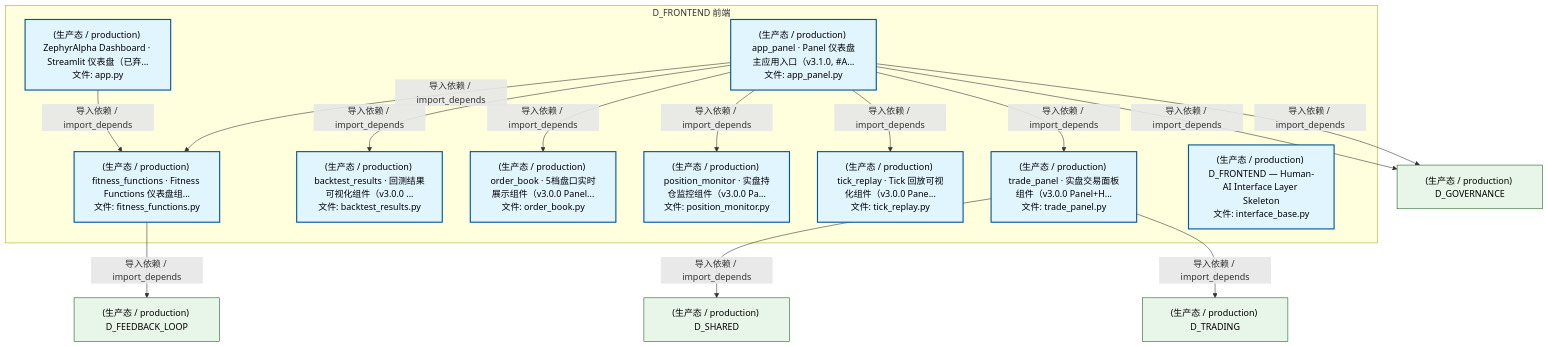
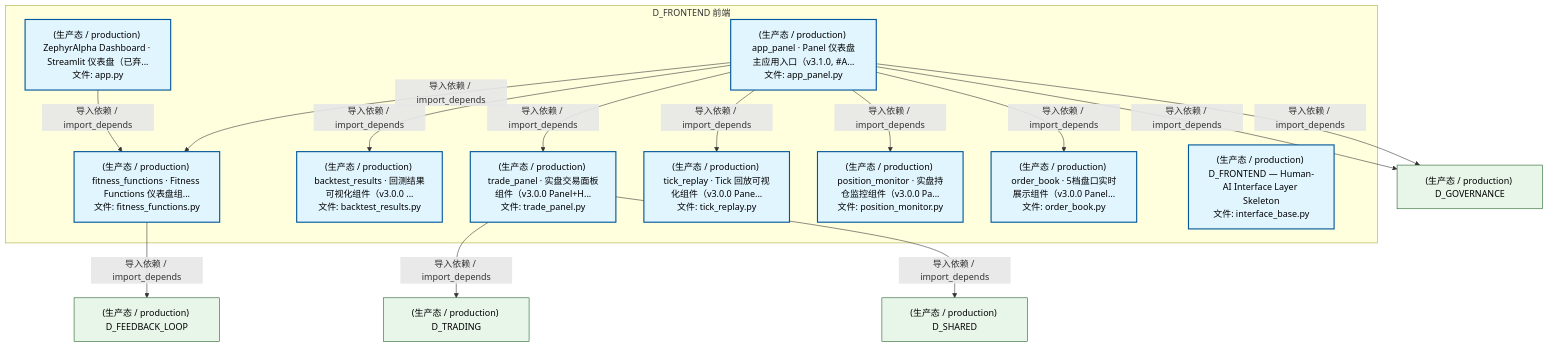
Before and after one commit to xuanFelixVan/ZephyrAlpha: the second of 5 diagrams in docs/02_enterprise_architecture/02_domain_architecture_docs/15_d_frontend.md, drawn with Mermaid. The commit also changed other lines of this file and 125 other files, not shown here.

````diff
--- a/docs/02_enterprise_architecture/02_domain_architecture_docs/15_d_frontend.md
+++ b/docs/02_enterprise_architecture/02_domain_architecture_docs/15_d_frontend.md
@@ -165,36 +165,36 @@
 ```mermaid
 graph TD
     subgraph D_FRONTEND["D_FRONTEND 前端"]
         src_zephyr_frontend_dashboard_app_py["(生产态 / production) ZephyrAlpha Dashboard · Streamlit 仪表盘（已弃...<br/>文件: app.py"]
         src_zephyr_frontend_dashboard_app_panel_py["(生产态 / production) app_panel · Panel 仪表盘主应用入口（v3.1.0, #A...<br/>文件: app_panel.py"]
         src_zephyr_frontend_dashboard_components_backtest_results_py["(生产态 / production) backtest_results · 回测结果可视化组件（v3.0.0 ...<br/>文件: backtest_results.py"]
         src_zephyr_frontend_dashboard_components_fitness_functions_py["(生产态 / production) fitness_functions · Fitness Functions 仪表盘组...<br/>文件: fitness_functions.py"]
         src_zephyr_frontend_dashboard_components_order_book_py["(生产态 / production) order_book · 5档盘口实时展示组件（v3.0.0 Panel...<br/>文件: order_book.py"]
         src_zephyr_frontend_dashboard_components_position_monitor_py["(生产态 / production) position_monitor · 实盘持仓监控组件（v3.0.0 Pa...<br/>文件: position_monitor.py"]
         src_zephyr_frontend_dashboard_components_tick_replay_py["(生产态 / production) tick_replay · Tick 回放可视化组件（v3.0.0 Pane...<br/>文件: tick_replay.py"]
         src_zephyr_frontend_dashboard_components_trade_panel_py["(生产态 / production) trade_panel · 实盘交易面板组件（v3.0.0 Panel+H...<br/>文件: trade_panel.py"]
         src_zephyr_frontend_interface_base_py["(生产态 / production) D_FRONTEND — Human-AI Interface Layer Skeleton<br/>文件: interface_base.py"]
     end
+    src_zephyr_frontend_dashboard_app_py -->|导入依赖 / import_depends| src_zephyr_frontend_dashboard_components_fitness_functions_py
     src_zephyr_frontend_dashboard_app_panel_py -->|导入依赖 / import_depends| src_zephyr_frontend_dashboard_components_fitness_functions_py
     src_zephyr_frontend_dashboard_app_panel_py -->|导入依赖 / import_depends| src_zephyr_frontend_dashboard_components_backtest_results_py
+    src_zephyr_frontend_dashboard_app_panel_py -->|导入依赖 / import_depends| src_zephyr_frontend_dashboard_components_trade_panel_py
+    src_zephyr_frontend_dashboard_app_panel_py -->|导入依赖 / import_depends| src_zephyr_frontend_dashboard_components_tick_replay_py
+    src_zephyr_frontend_dashboard_app_panel_py -->|导入依赖 / import_depends| src_zephyr_frontend_dashboard_components_position_monitor_py
     src_zephyr_frontend_dashboard_app_panel_py -->|导入依赖 / import_depends| src_zephyr_frontend_dashboard_components_order_book_py
-    src_zephyr_frontend_dashboard_app_panel_py -->|导入依赖 / import_depends| src_zephyr_frontend_dashboard_components_position_monitor_py
-    src_zephyr_frontend_dashboard_app_panel_py -->|导入依赖 / import_depends| src_zephyr_frontend_dashboard_components_tick_replay_py
-    src_zephyr_frontend_dashboard_app_panel_py -->|导入依赖 / import_depends| src_zephyr_frontend_dashboard_components_trade_panel_py
-    src_zephyr_frontend_dashboard_app_py -->|导入依赖 / import_depends| src_zephyr_frontend_dashboard_components_fitness_functions_py
+    D_TRADING["(生产态 / production) D_TRADING"]
+    src_zephyr_frontend_dashboard_components_trade_panel_py -->|导入依赖 / import_depends| D_TRADING
     D_GOVERNANCE["(生产态 / production) D_GOVERNANCE"]
     src_zephyr_frontend_dashboard_app_panel_py -->|导入依赖 / import_depends| D_GOVERNANCE
     D_FEEDBACK_LOOP["(生产态 / production) D_FEEDBACK_LOOP"]
     src_zephyr_frontend_dashboard_components_fitness_functions_py -->|导入依赖 / import_depends| D_FEEDBACK_LOOP
     D_SHARED["(生产态 / production) D_SHARED"]
     src_zephyr_frontend_dashboard_components_trade_panel_py -->|导入依赖 / import_depends| D_SHARED
     src_zephyr_frontend_dashboard_app_panel_py -->|导入依赖 / import_depends| D_GOVERNANCE
-    D_TRADING["(生产态 / production) D_TRADING"]
-    src_zephyr_frontend_dashboard_components_trade_panel_py -->|导入依赖 / import_depends| D_TRADING
     classDef production fill:#e1f5fe,stroke:#01579b,stroke-width:2px,color:#000
     classDef design fill:#fff3e0,stroke:#e65100,stroke-width:2px,color:#000,stroke-dasharray: 5 5
     classDef external_prod fill:#e8f5e9,stroke:#1b5e20,stroke-width:1px,color:#000
     classDef external_design fill:#fce4ec,stroke:#880e4f,stroke-width:1px,color:#000,stroke-dasharray: 5 5
     class src_zephyr_frontend_dashboard_app_py,src_zephyr_frontend_dashboard_app_panel_py,src_zephyr_frontend_dashboard_components_backtest_results_py,src_zephyr_frontend_dashboard_components_fitness_functions_py,src_zephyr_frontend_dashboard_components_order_book_py,src_zephyr_frontend_dashboard_components_position_monitor_py,src_zephyr_frontend_dashboard_components_tick_replay_py,src_zephyr_frontend_dashboard_components_trade_panel_py,src_zephyr_frontend_interface_base_py production
-    class D_GOVERNANCE,D_FEEDBACK_LOOP,D_SHARED,D_TRADING external_prod
+    class D_TRADING,D_GOVERNANCE,D_FEEDBACK_LOOP,D_SHARED external_prod
 ```
````
